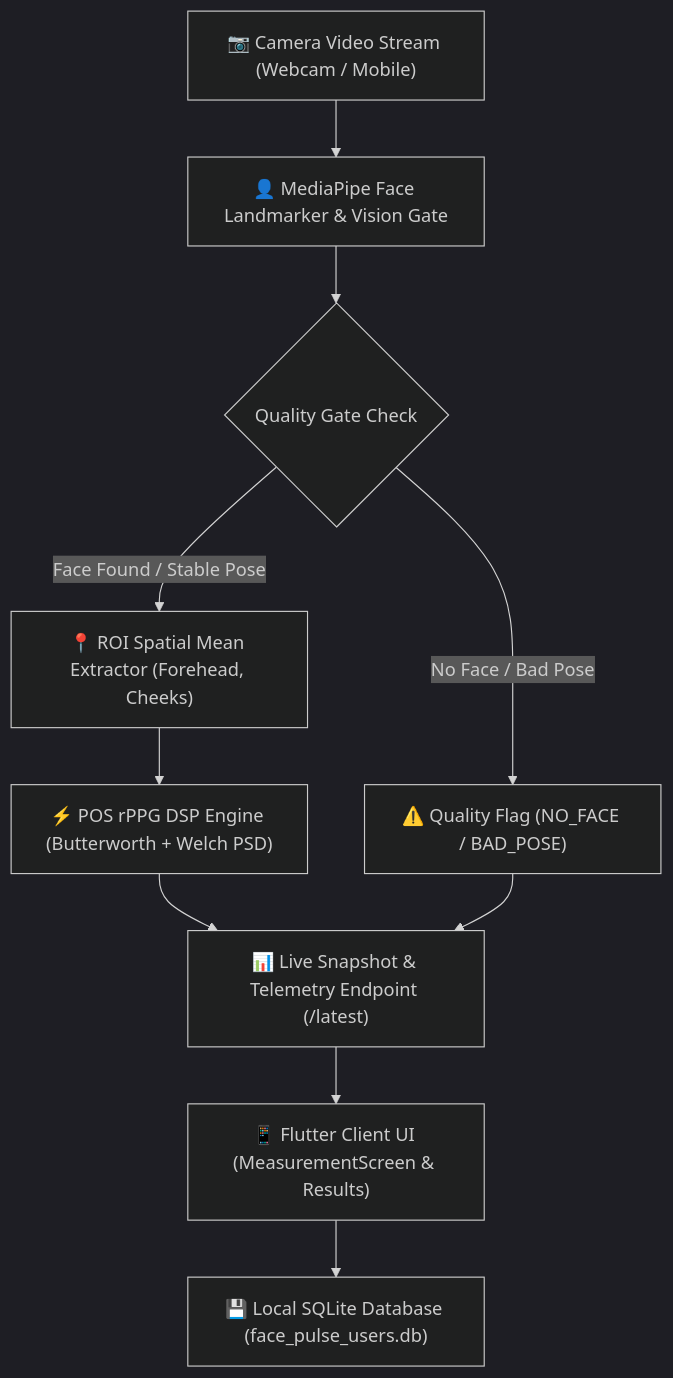
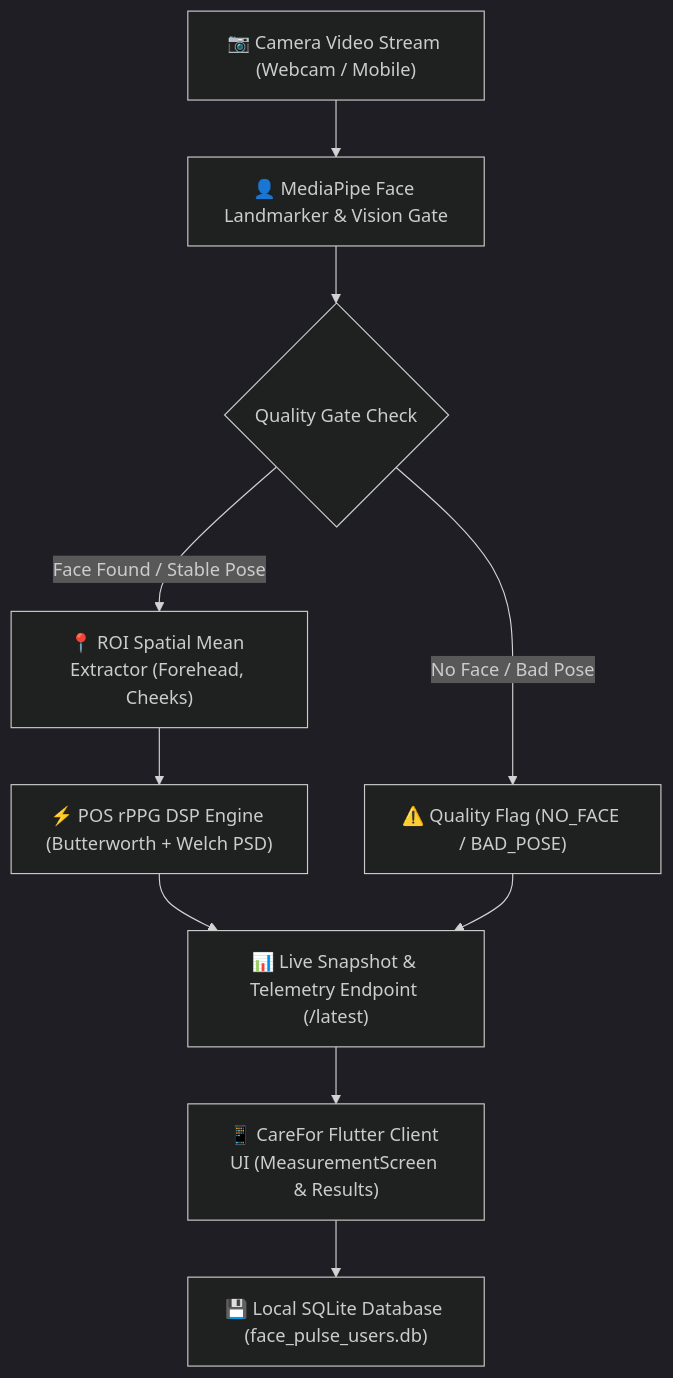
One commit to hemscodes28/face_pulse changed the diagram in README.md. Above: the diagram before and after it, drawn with Mermaid (dark theme). The commit also changed other lines of this file, not shown here.

Commit message:
docs: standardize project title to CareFor across README.md

````diff
--- a/README.md
+++ b/README.md
@@ -38,12 +38,12 @@
 ```mermaid
 graph TD
     A["📷 Camera Video Stream (Webcam / Mobile)"] --> B["👤 MediaPipe Face Landmarker & Vision Gate"]
     B --> C{"Quality Gate Check"}
     C -- "Face Found / Stable Pose" --> D["📍 ROI Spatial Mean Extractor (Forehead, Cheeks)"]
     C -- "No Face / Bad Pose" --> E["⚠️ Quality Flag (NO_FACE / BAD_POSE)"]
     D --> F["⚡ POS rPPG DSP Engine (Butterworth + Welch PSD)"]
     F --> G["📊 Live Snapshot & Telemetry Endpoint (/latest)"]
     E --> G
-    G --> H["📱 Flutter Client UI (MeasurementScreen & Results)"]
+    G --> H["📱 CareFor Flutter Client UI (MeasurementScreen & Results)"]
     H --> I["💾 Local SQLite Database (face_pulse_users.db)"]
 ```
````
